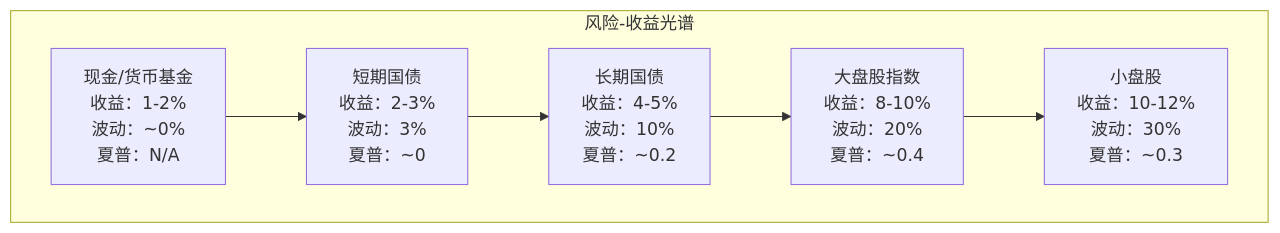
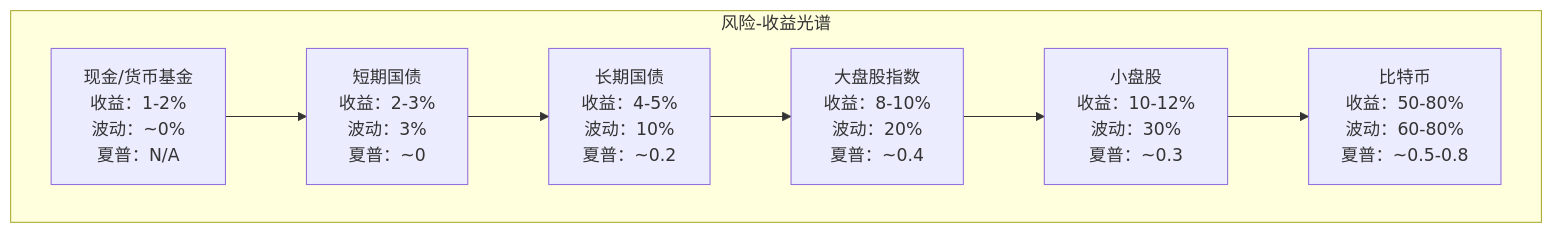
One commit to cxmokai/factor-investing-study changed the fifth of 5 diagrams in 金融基础/讲义/Day05-风险与收益.md. Above: the diagram before and after it, drawn with Mermaid. The commit also changed other lines of this file, not shown here.

````diff
--- a/金融基础/讲义/Day05-风险与收益.md
+++ b/金融基础/讲义/Day05-风险与收益.md
@@ -708,11 +804,12 @@
 ```mermaid
 graph TD
     subgraph "风险-收益光谱"
     A["现金/货币基金<br>收益：1-2%<br>波动：~0%<br>夏普：N/A"]
     B["短期国债<br>收益：2-3%<br>波动：3%<br>夏普：~0"]
     C["长期国债<br>收益：4-5%<br>波动：10%<br>夏普：~0.2"]
     D["大盘股指数<br>收益：8-10%<br>波动：20%<br>夏普：~0.4"]
     E["小盘股<br>收益：10-12%<br>波动：30%<br>夏普：~0.3"]
+    F["比特币<br>收益：50-80%<br>波动：60-80%<br>夏普：~0.5-0.8"]
     end
-    A --> B --> C --> D --> E
+    A --> B --> C --> D --> E --> F
 ```
````
